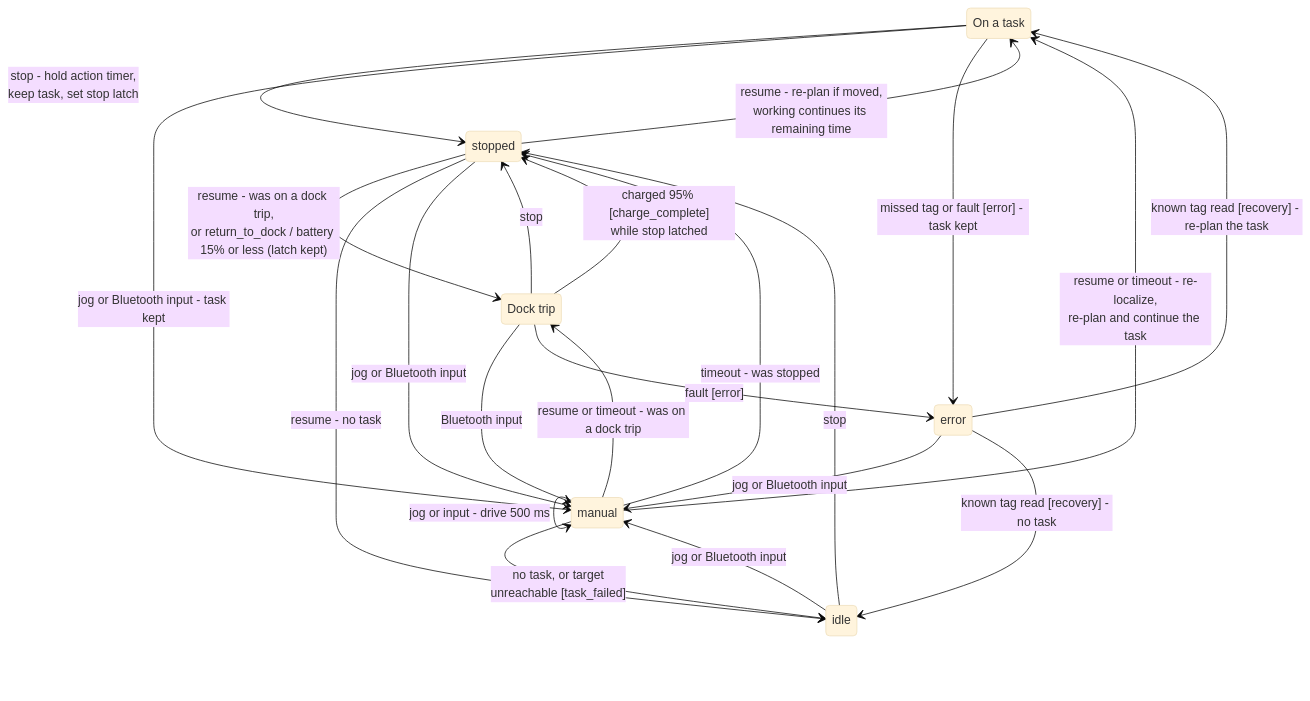
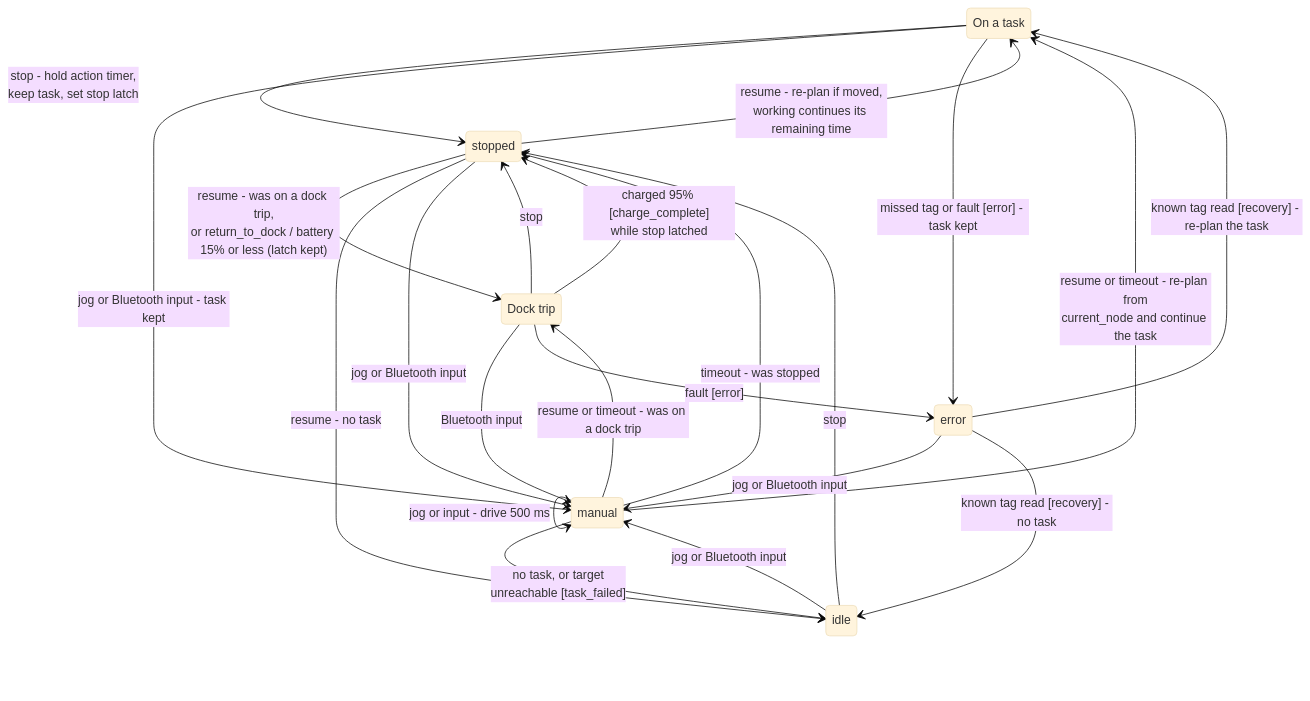
One commit to Ca1eb9/verdant-os changed the second of 2 diagrams in firmware/esp32/docs/state-machine.md. Above: the diagram before and after it, drawn with Mermaid (base theme). The commit also changed 4 other files, not shown here.

````diff
--- a/firmware/esp32/docs/state-machine.md
+++ b/firmware/esp32/docs/state-machine.md
@@ -43,29 +43,29 @@
 ```mermaid
 stateDiagram-v2
     state "On a task" as OnTask
     state "Dock trip" as DockTrip
 
     idle --> stopped : stop
     OnTask --> stopped : stop - hold action timer,<br/>keep task, set stop latch
     DockTrip --> stopped : stop
     stopped --> OnTask : resume - re-plan if moved,<br/>working continues its remaining time
     stopped --> DockTrip : resume - was on a dock trip,<br/>or return_to_dock / battery 15% or less (latch kept)
     stopped --> idle : resume - no task
     DockTrip --> stopped : charged 95% [charge_complete]<br/>while stop latched
 
     idle --> manual : jog or Bluetooth input
     OnTask --> manual : jog or Bluetooth input - task kept
     stopped --> manual : jog or Bluetooth input
     error --> manual : jog or Bluetooth input
     DockTrip --> manual : Bluetooth input
     manual --> manual : jog or input - drive 500 ms
-    manual --> OnTask : resume or timeout - re-localize,<br/>re-plan and continue the task
+    manual --> OnTask : resume or timeout - re-plan from<br/>current_node and continue the task
     manual --> DockTrip : resume or timeout - was on a dock trip
     manual --> stopped : timeout - was stopped
     manual --> idle : no task, or target<br/>unreachable [task_failed]
 
     OnTask --> error : missed tag or fault [error] - task kept
     DockTrip --> error : fault [error]
     error --> OnTask : known tag read [recovery] - re-plan the task
     error --> idle : known tag read [recovery] - no task
 ```
````
